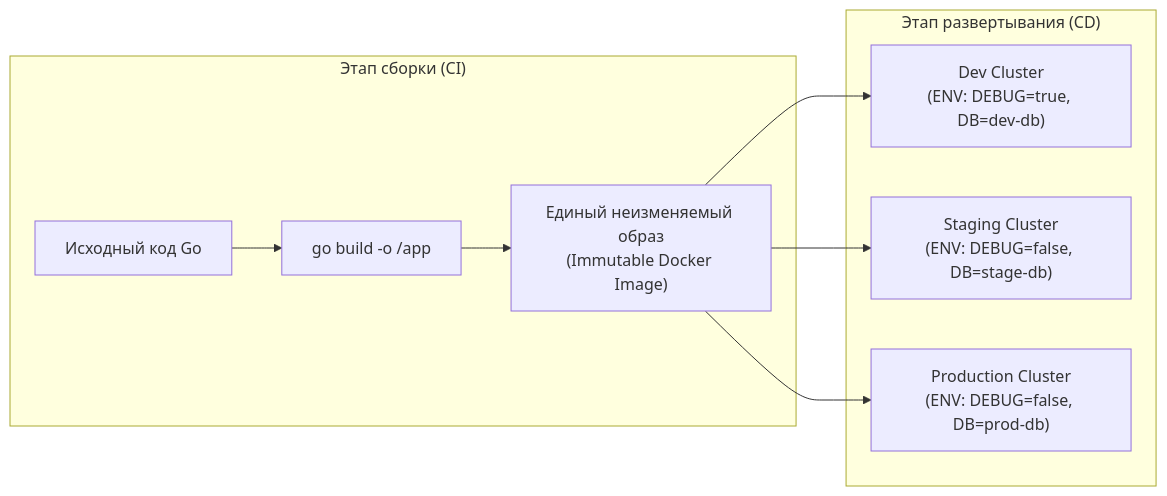
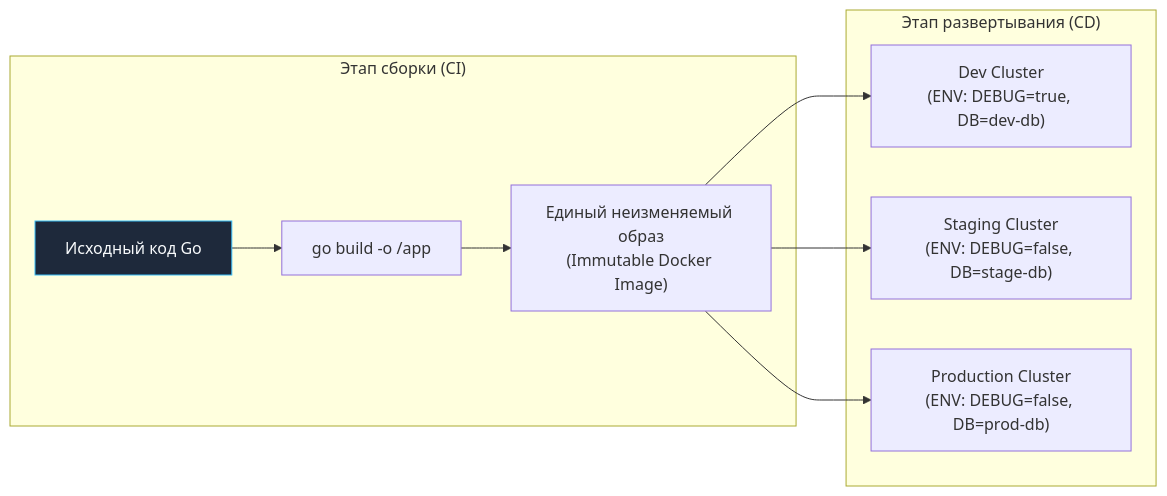
Before and after one commit to UnrealTemplier/go-textbook: the first of 2 diagrams in sources/14. Распределенные системы на Go/04. Микросервисы/9. Configuration management.md, drawn with Mermaid. The commit also changed other lines of this file and 1666 other files, not shown here.

First line of the commit message:
feat(mermaid): add semantic color classDef to 1369 colorless flowchart/graph diagrams

````diff
--- a/sources/14. Распределенные системы на Go/04. Микросервисы/9. Configuration management.md
+++ b/sources/14. Распределенные системы на Go/04. Микросервисы/9. Configuration management.md
@@ -7,13 +7,23 @@
 ```mermaid
 flowchart LR
+    classDef process  fill:#1e293b,stroke:#38bdf8,stroke-width:1px,color:#f8fafc
+    classDef success  fill:#064e3b,stroke:#34d399,stroke-width:1px,color:#f8fafc
+    classDef error    fill:#7f1d1d,stroke:#f87171,stroke-width:1px,color:#f8fafc
+    classDef warning  fill:#78350f,stroke:#fbbf24,stroke-width:1px,color:#f8fafc
+    classDef entry    fill:#1e3a5f,stroke:#38bdf8,stroke-width:2px,color:#f8fafc
+    classDef aux      fill:#334155,stroke:#64748b,stroke-width:1px,color:#f8fafc
+    classDef system   fill:#312e81,stroke:#a78bfa,stroke-width:1px,color:#f8fafc
+    classDef data     fill:#132d29,stroke:#2dd4bf,stroke-width:1px,color:#f8fafc
+    classDef network  fill:#881337,stroke:#fb7185,stroke-width:1px,color:#f8fafc
+    classDef accent   fill:#1e1b4b,stroke:#818cf8,stroke-width:1px,color:#f8fafc
     subgraph Build["Этап сборки (CI)"]
-        Source["Исходный код Go"] --> BuildStep["go build -o /app"]
+        Source["Исходный код Go"]:::process --> BuildStep["go build -o /app"]
         BuildStep --> Image["Единый неизменяемый образ<br/>(Immutable Docker Image)"]
     end
 
     subgraph Deploy["Этап развертывания (CD)"]
         Image --> Dev["Dev Cluster<br/>(ENV: DEBUG=true, DB=dev-db)"]
         Image --> Stage["Staging Cluster<br/>(ENV: DEBUG=false, DB=stage-db)"]
         Image --> Prod["Production Cluster<br/>(ENV: DEBUG=false, DB=prod-db)"]
     end
 ```
````
